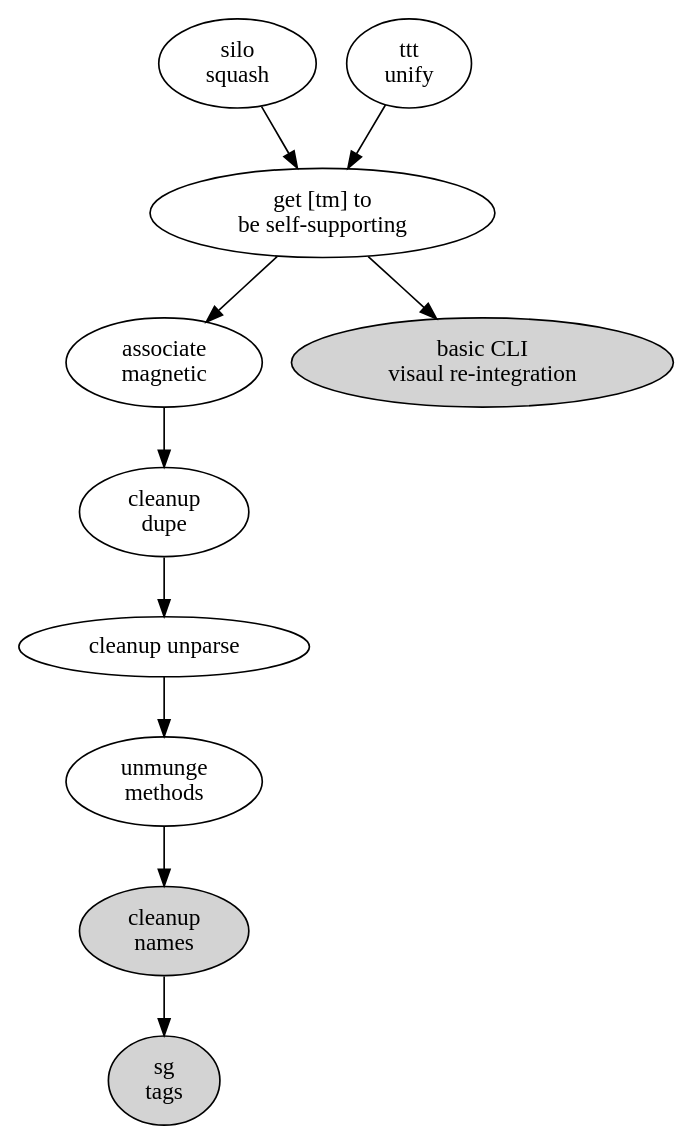
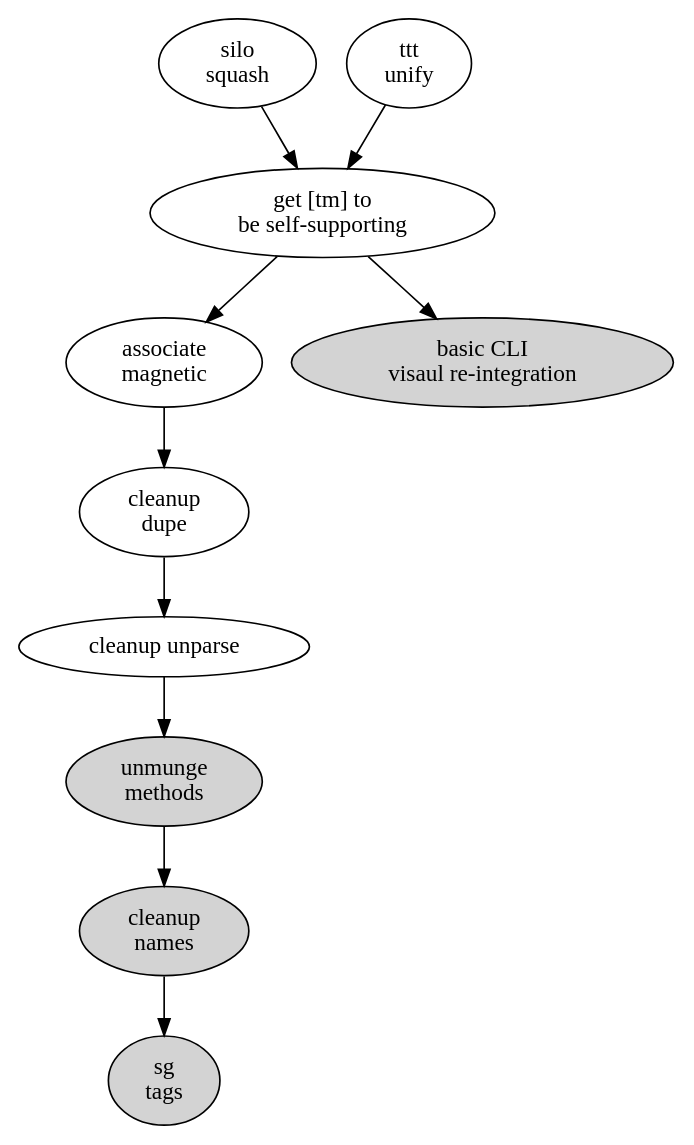
Before and after one commit to hipe/tmx: the diagram in lib/skylab/tan-man/doc/the-big-picture-of-now.dot, drawn with Graphviz. The commit also changed 4 other files, not shown here.

```diff
--- a/lib/skylab/tan-man/doc/the-big-picture-of-now.dot
+++ b/lib/skylab/tan-man/doc/the-big-picture-of-now.dot
@@ -1,26 +1,26 @@
 digraph{
 
   am [ label="associate\nmagnetic" ]
   cd [ label="cleanup\ndupe" ]
   cv [ label="basic CLI\nvisaul re-integration" style=filled ]
   cn [ label="cleanup\nnames" style=filled ]
   si [ label="silo\nsquash" ]
   ss [ label="get [tm] to\nbe self-supporting" ]
   st [ label="sg\ntags" style=filled ]
   tu [ label="ttt\nunify" ]
-  um [ label="unmunge\nmethods" ]
+  um [ label="unmunge\nmethods" style=filled ]
   up [ label="cleanup unparse" ]
 
   am -> cd
   cd -> up
   cn -> st
   si -> ss
   ss -> cv
   ss -> am
   tu -> ss
   um -> cn
   up -> um
 
   # that one color of blue: fillcolor="#b5d5fb" style=filled
 
 }
```
